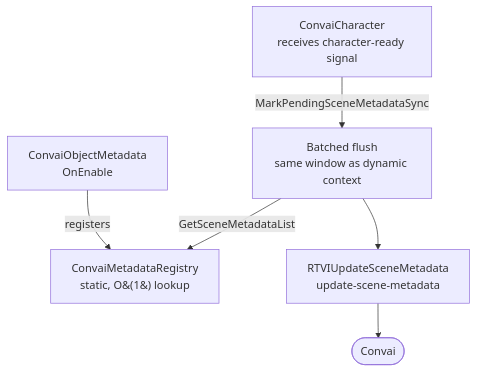
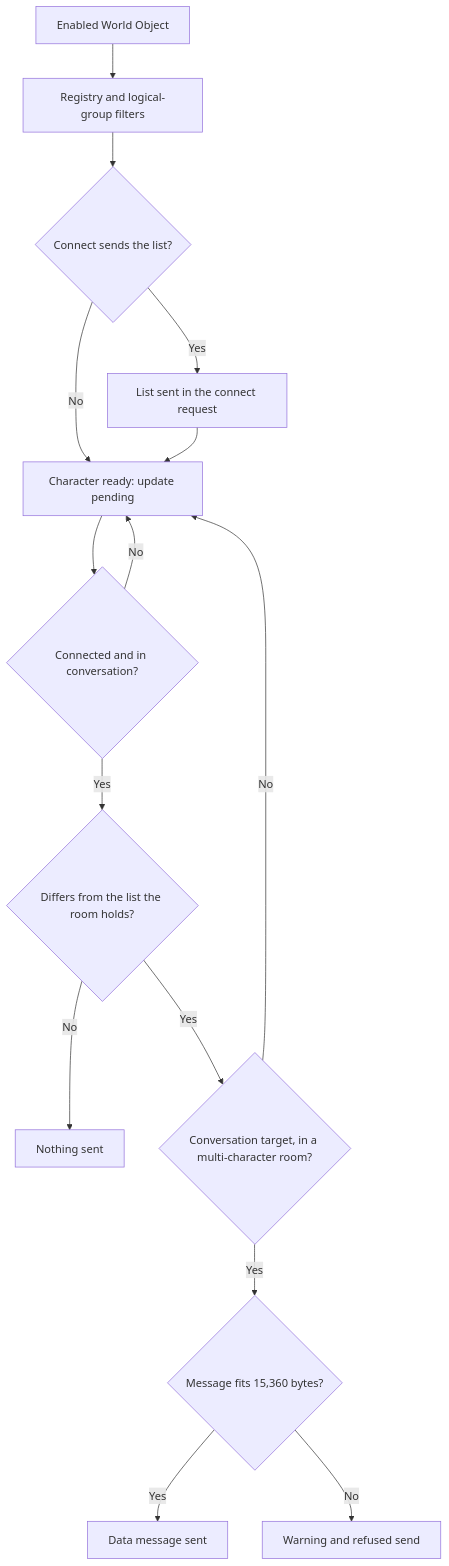
The diagram in plugins-and-integrations/convai-unity-sdk/features/scene-metadata/how-scene-metadata-works.md (Conv-AI/Convai-Documentation), drawn with Mermaid before and after one commit. The commit also changed other lines of this file and 315 other files, not shown here.

````diff
--- a/plugins-and-integrations/convai-unity-sdk/features/scene-metadata/how-scene-metadata-works.md
+++ b/plugins-and-integrations/convai-unity-sdk/features/scene-metadata/how-scene-metadata-works.md
@@ -15,8 +17,17 @@
 ```mermaid
 flowchart TD
-    A[ConvaiObjectMetadata\nOnEnable] -->|registers| B[ConvaiMetadataRegistry\nstatic, O&#40;1&#41; lookup]
-    C[ConvaiCharacter\nreceives character-ready signal] -->|MarkPendingSceneMetadataSync| D[Batched flush\nsame window as dynamic context]
-    D -->|GetSceneMetadataList| B
-    D --> E[RTVIUpdateSceneMetadata\nupdate-scene-metadata]
-    E --> F([Convai])
+    A[Enabled World Object] --> B[Registry and logical-group filters]
+    B --> C{Connect sends the list?}
+    C -->|Yes| R[List sent in the connect request]
+    C -->|No| D
+    R --> D[Character ready: update pending]
+    D --> E{Connected and in conversation?}
+    E -->|No| D
+    E -->|Yes| F{Differs from the list the room holds?}
+    F -->|No| X[Nothing sent]
+    F -->|Yes| T{Conversation target, in a multi-character room?}
+    T -->|No| D
+    T -->|Yes| G{Message fits 15,360 bytes?}
+    G -->|Yes| S[Data message sent]
+    G -->|No| H[Warning and refused send]
 ```
````
